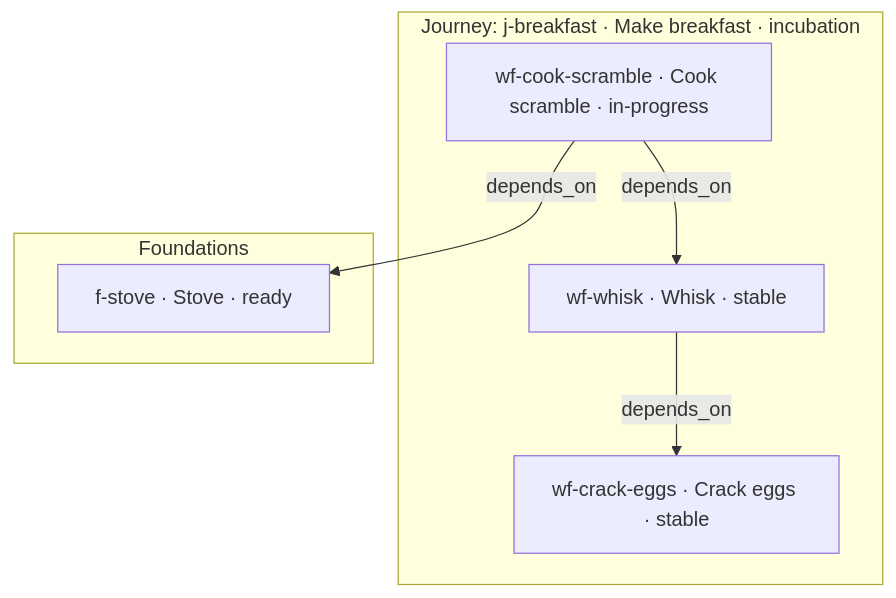
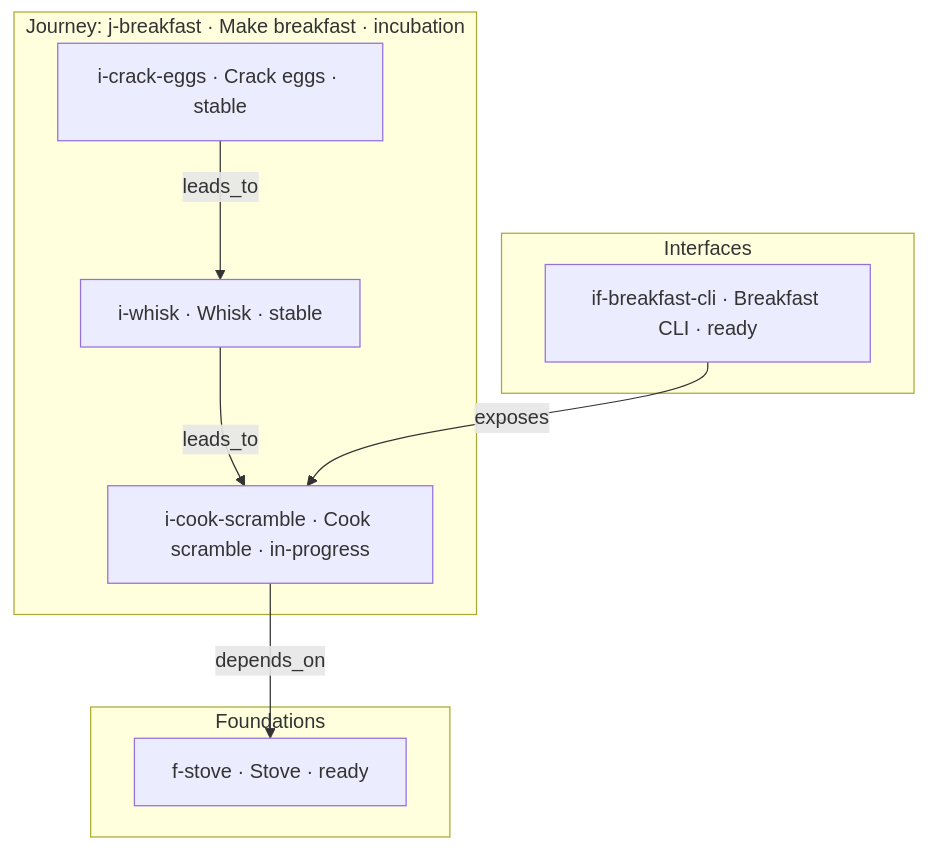
Before and after one commit to nbiro/mindplan: the diagram in README.md, drawn with Mermaid. The commit also changed other lines of this file and 174 other files, not shown here.

````diff
--- a/README.md
+++ b/README.md
@@ -63,14 +52,18 @@
 ```mermaid
 flowchart TB
   subgraph jBreakfast ["Journey: j-breakfast · Make breakfast · incubation"]
-    wfCrack["wf-crack-eggs · Crack eggs · stable"]
-    wfWhisk["wf-whisk · Whisk · stable"]
-    wfCook["wf-cook-scramble · Cook scramble · in-progress"]
+    iCrack["i-crack-eggs · Crack eggs · stable"]
+    iWhisk["i-whisk · Whisk · stable"]
+    iCook["i-cook-scramble · Cook scramble · in-progress"]
   end
   subgraph foundations ["Foundations"]
     fStove["f-stove · Stove · ready"]
   end
-  wfWhisk -->|"depends_on"| wfCrack
-  wfCook -->|"depends_on"| wfWhisk
-  wfCook -->|"depends_on"| fStove
+  subgraph interfaces ["Interfaces"]
+    ifCli["if-breakfast-cli · Breakfast CLI · ready"]
+  end
+  iCrack -->|"leads_to"| iWhisk
+  iWhisk -->|"leads_to"| iCook
+  iCook -->|"depends_on"| fStove
+  ifCli -->|"exposes"| iCook
 ```
````
